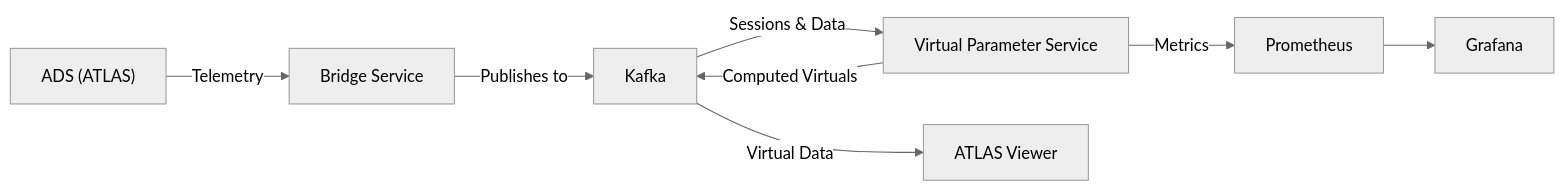
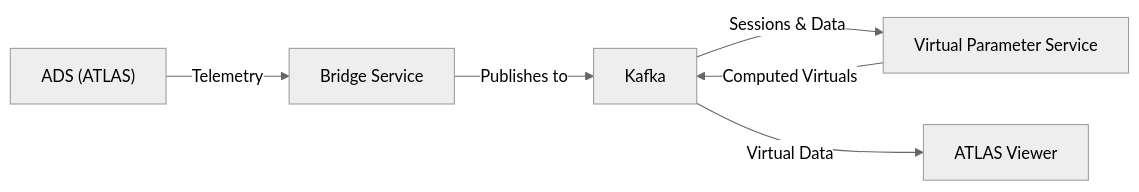
Before and after one commit to mat-docs/ATLAS.Site: the diagram in docs/key-functionality/enrich/vps/index.md, drawn with Mermaid (neutral theme). The commit also changed other lines of this file and 5 other files, not shown here.

````diff
--- a/docs/key-functionality/enrich/vps/index.md
+++ b/docs/key-functionality/enrich/vps/index.md
@@ -32,10 +32,8 @@
 ```mermaid
 flowchart LR
     ADS["ADS (ATLAS)"] -->|Telemetry| BS["Bridge Service"]
     BS -->|Publishes to| K["Kafka"]
     K -->|Sessions & Data| VPS["Virtual Parameter Service"]
     VPS -->|Computed Virtuals| K
     K -->|Virtual Data| C["ATLAS Viewer"]
-    VPS -->|Metrics| P["Prometheus"]
-    P --> G["Grafana"]
 ```
````
